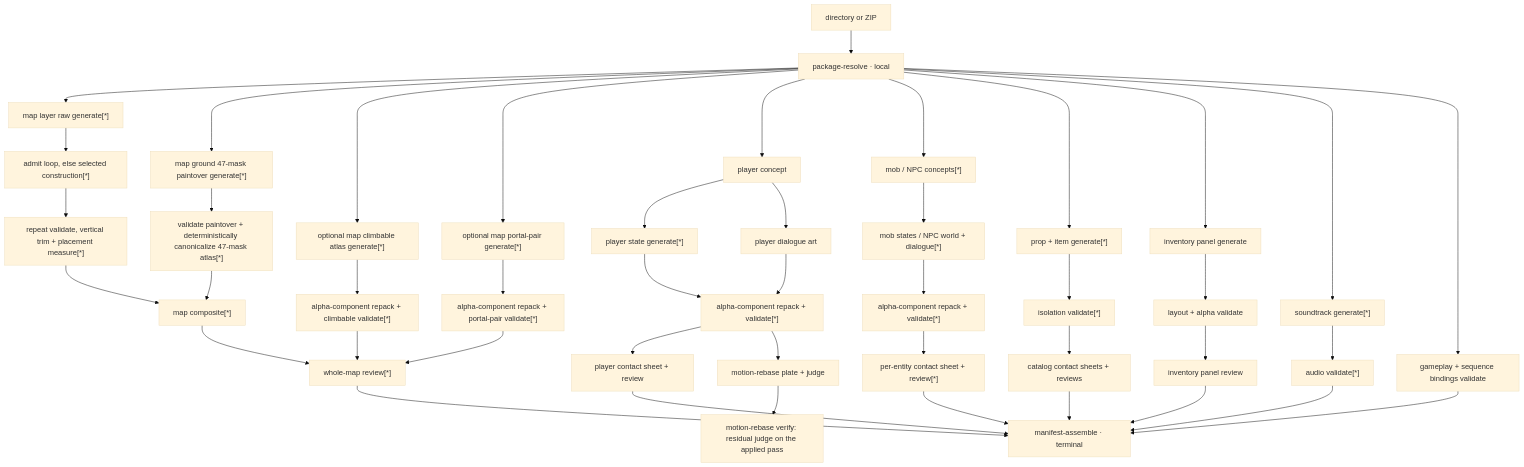
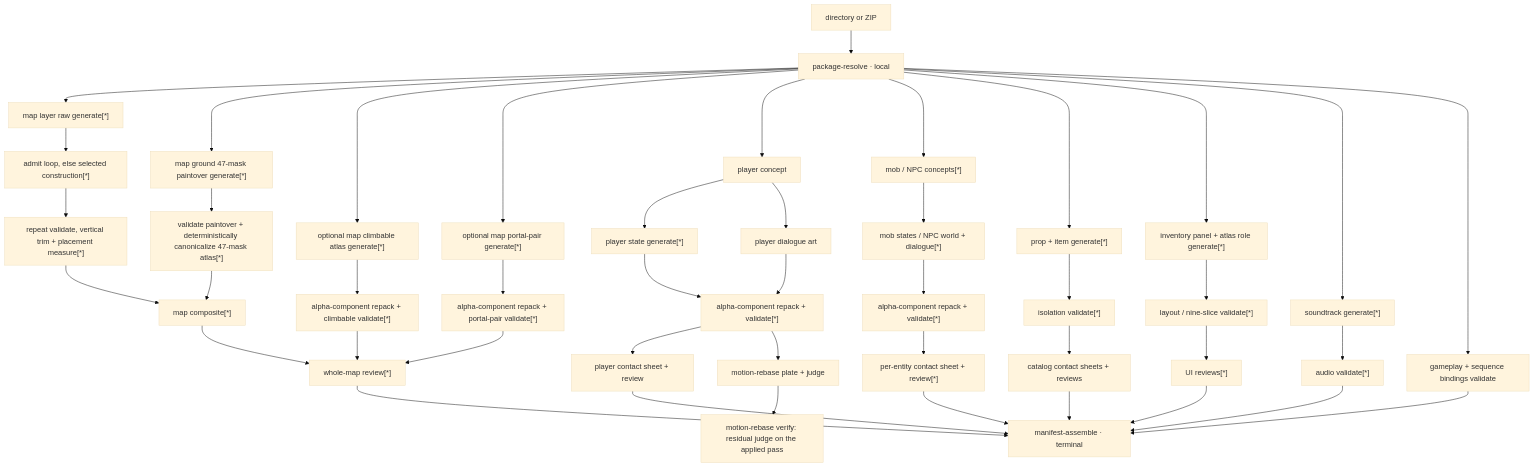
The diagram in docs/spec/game/generation-pipeline.md (softmarshmallow/stage-gen), drawn with Mermaid (base theme) before and after one commit. The commit also changed other lines of this file and 112 other files, not shown here.

````diff
--- a/docs/spec/game/generation-pipeline.md
+++ b/docs/spec/game/generation-pipeline.md
@@ -87,53 +87,53 @@
 ```mermaid
 flowchart TD
     PKG["directory or ZIP"] --> PR["package-resolve · local"]
 
     PR --> ML["map layer raw generate[*]"]
     PR --> MG["map ground 47-mask paintover generate[*]"]
     ML --> MLC["admit loop, else selected construction[*]"]
     MLC --> MLV["repeat validate, vertical trim + placement measure[*]"]
     MG --> MGV["validate paintover + deterministically canonicalize 47-mask atlas[*]"]
     PR --> LG["optional map climbable atlas generate[*]"]
     PR --> PG["optional map portal-pair generate[*]"]
     MLV --> MC["map composite[*]"]
     MGV --> MC
     LG --> LGV["alpha-component repack + climbable validate[*]"]
     PG --> PGV["alpha-component repack + portal-pair validate[*]"]
     MC --> MR["whole-map review[*]"]
     LGV --> MR
     PGV --> MR
 
     PR --> PC["player concept"]
     PC --> PS["player state generate[*]"]
     PC --> PD["player dialogue art"]
     PS --> PV["alpha-component repack + validate[*]"]
     PD --> PV
     PV --> PCR["player contact sheet + review"]
     PV --> PMR["motion-rebase plate + judge"]
     PMR --> PMV["motion-rebase verify: residual judge on the applied pass"]
 
     PR --> XC["mob / NPC concepts[*]"]
     XC --> XS["mob states / NPC world + dialogue[*]"]
     XS --> XV["alpha-component repack + validate[*]"]
     XV --> XR["per-entity contact sheet + review[*]"]
 
     PR --> PI["prop + item generate[*]"]
     PI --> PIV["isolation validate[*]"]
     PIV --> PIR["catalog contact sheets + reviews"]
 
-    PR --> UI["inventory panel generate"]
-    UI --> UIV["layout + alpha validate"]
-    UIV --> UIR["inventory panel review"]
+    PR --> UI["inventory panel + atlas role generate[*]"]
+    UI --> UIV["layout / nine-slice validate[*]"]
+    UIV --> UIR["UI reviews[*]"]
 
     PR --> ST["soundtrack generate[*]"]
     ST --> STV["audio validate[*]"]
     PR --> GB["gameplay + sequence bindings validate"]
 
     MR --> MF["manifest-assemble · terminal"]
     PCR --> MF
     XR --> MF
     PIR --> MF
     UIR --> MF
     STV --> MF
     GB --> MF
 ```
````
